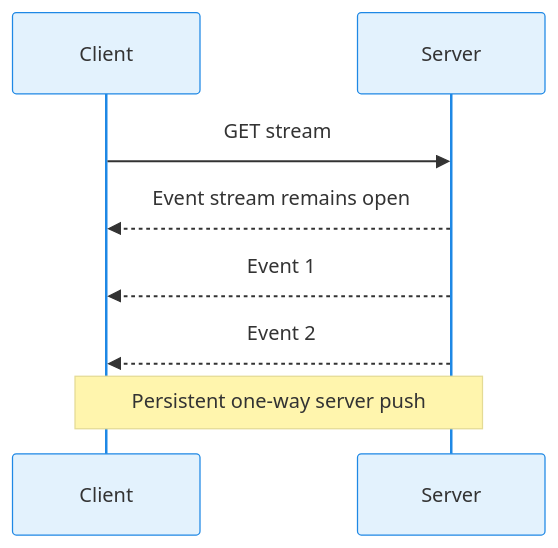
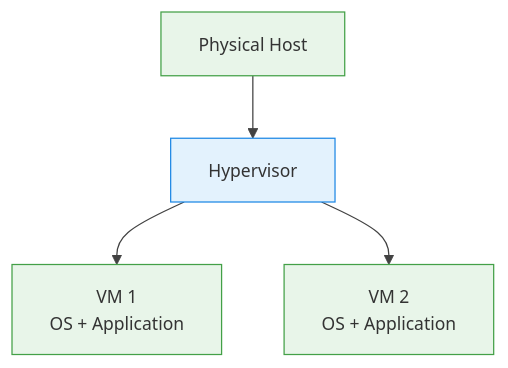
Before and after one commit to senthilkumarm1901/learn_by_blogging: diagram 16 of 36 in posts/it_architect/it_architect_blog.qmd, drawn with Mermaid. The commit also changed other lines of this file and 5 other files, not shown here.

Commit message:
updated technical architect blog

````diff
--- a/posts/it_architect/it_architect_blog.qmd
+++ b/posts/it_architect/it_architect_blog.qmd
@@ -350,11 +486,10 @@
 ```{mermaid}
 %%{init: {'theme': 'base', 'themeVariables': {'primaryColor': '#E3F2FD', 'primaryBorderColor': '#1E88E5', 'lineColor': '#424242', 'fontSize': '14px'}}}%%
-sequenceDiagram
-    participant C as Client
-    participant S as Server
-    C->>S: GET stream
-    S-->>C: Event stream remains open
-    S-->>C: Event 1
-    S-->>C: Event 2
-    Note over C,S: Persistent one-way server push
+flowchart TD
+    H[Physical Host]:::compute --> HV[Hypervisor]:::control
+    HV --> VM1[VM 1<br/>OS + Application]:::compute
+    HV --> VM2[VM 2<br/>OS + Application]:::compute
+
+    classDef control fill:#E3F2FD,stroke:#1E88E5,stroke-width:1px;
+    classDef compute fill:#E8F5E9,stroke:#43A047,stroke-width:1px;
 ```
````
